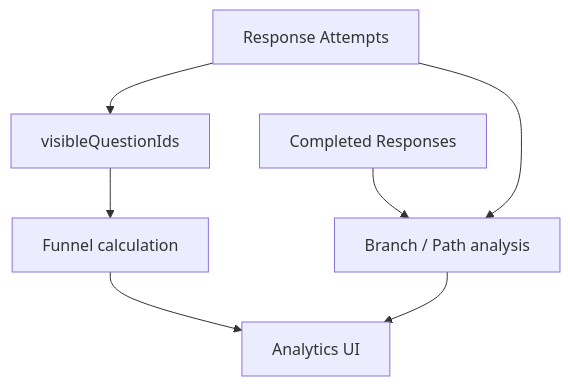
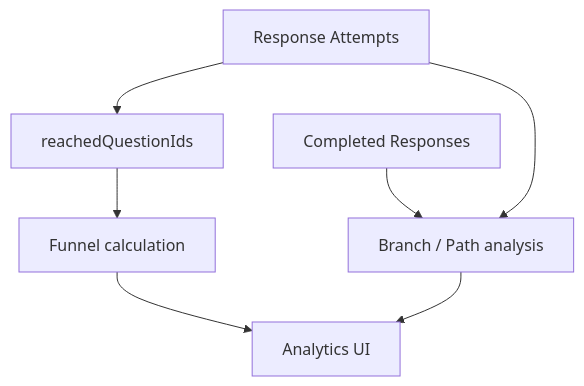
Before and after one commit to sanya-shch/quorvia: the sixth of 7 diagrams in README.md, drawn with Mermaid. The commit also changed other lines of this file and 24 other files, not shown here.

````diff
--- a/README.md
+++ b/README.md
@@ -638,17 +645,17 @@
 ```mermaid
 flowchart TD
     Attempts["Response Attempts"]
     Responses["Completed Responses"]
-    Visibility["visibleQuestionIds"]
+    Visibility["reachedQuestionIds"]
     Funnel["Funnel calculation"]
     Paths["Branch / Path analysis"]
     Dashboard["Analytics UI"]
 
     Attempts --> Visibility
     Visibility --> Funnel
     Responses --> Paths
     Attempts --> Paths
 
     Funnel --> Dashboard
     Paths --> Dashboard
 ```
````
